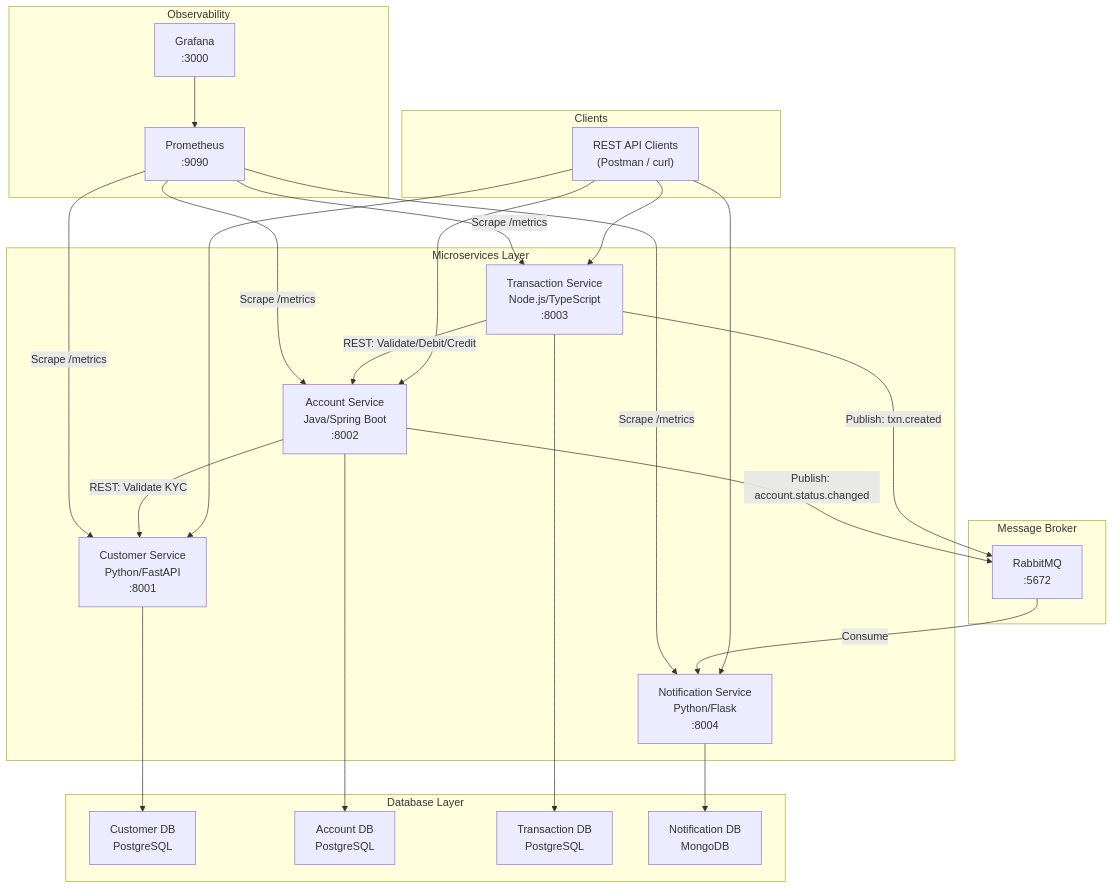
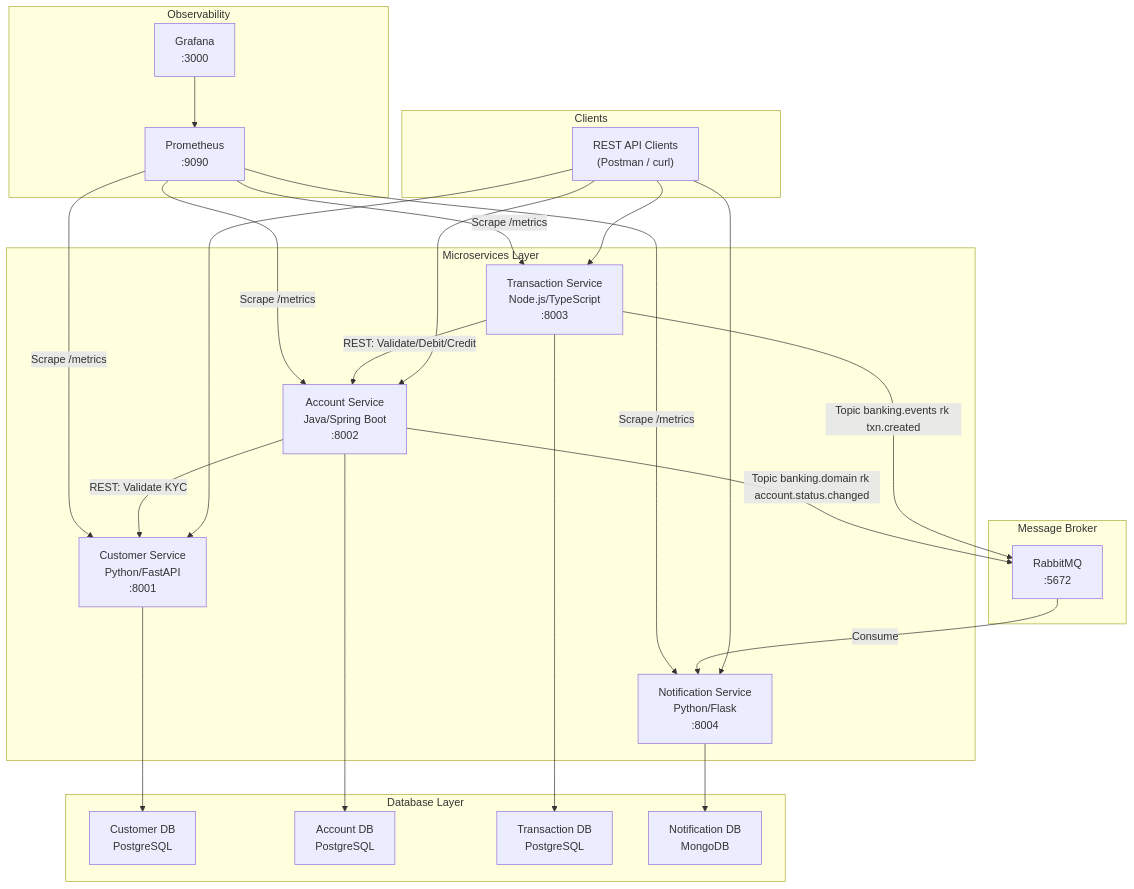
One commit to Jayalakshmi-ctrl/banking-system changed the first of 7 diagrams in docs/documentation.md. Above: the diagram before and after it, drawn with Mermaid. The commit also changed other lines of this file and 4 other files, not shown here.

````diff
--- a/docs/documentation.md
+++ b/docs/documentation.md
@@ -30,52 +30,52 @@
 ```mermaid
 flowchart TB
     subgraph clients ["Clients"]
         API["REST API Clients\n(Postman / curl)"]
     end
 
     subgraph services ["Microservices Layer"]
         CS["Customer Service\nPython/FastAPI\n:8001"]
         AS["Account Service\nJava/Spring Boot\n:8002"]
         TS["Transaction Service\nNode.js/TypeScript\n:8003"]
         NS["Notification Service\nPython/Flask\n:8004"]
     end
 
     subgraph messaging ["Message Broker"]
         RMQ["RabbitMQ\n:5672"]
     end
 
     subgraph databases ["Database Layer"]
         CDB["Customer DB\nPostgreSQL"]
         ADB["Account DB\nPostgreSQL"]
         TDB["Transaction DB\nPostgreSQL"]
         NDB["Notification DB\nMongoDB"]
     end
 
     subgraph monitoring ["Observability"]
         PROM["Prometheus\n:9090"]
         GRAF["Grafana\n:3000"]
     end
 
     API --> CS
     API --> AS
     API --> TS
     API --> NS
 
     AS -->|"REST: Validate KYC"| CS
     TS -->|"REST: Validate/Debit/Credit"| AS
 
-    TS -->|"Publish: txn.created"| RMQ
-    AS -->|"Publish: account.status.changed"| RMQ
+    TS -->|"Topic banking.events rk txn.created"| RMQ
+    AS -->|"Topic banking.domain rk account.status.changed"| RMQ
     RMQ -->|"Consume"| NS
 
     CS --> CDB
     AS --> ADB
     TS --> TDB
     NS --> NDB
 
     PROM -->|"Scrape /metrics"| CS
     PROM -->|"Scrape /metrics"| AS
     PROM -->|"Scrape /metrics"| TS
     PROM -->|"Scrape /metrics"| NS
     GRAF --> PROM
 ```
````
